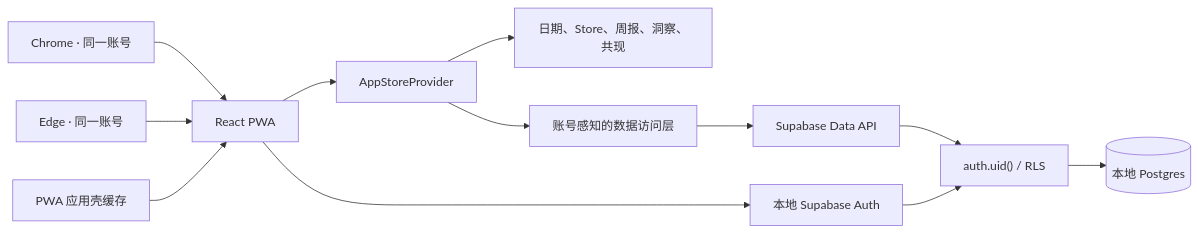
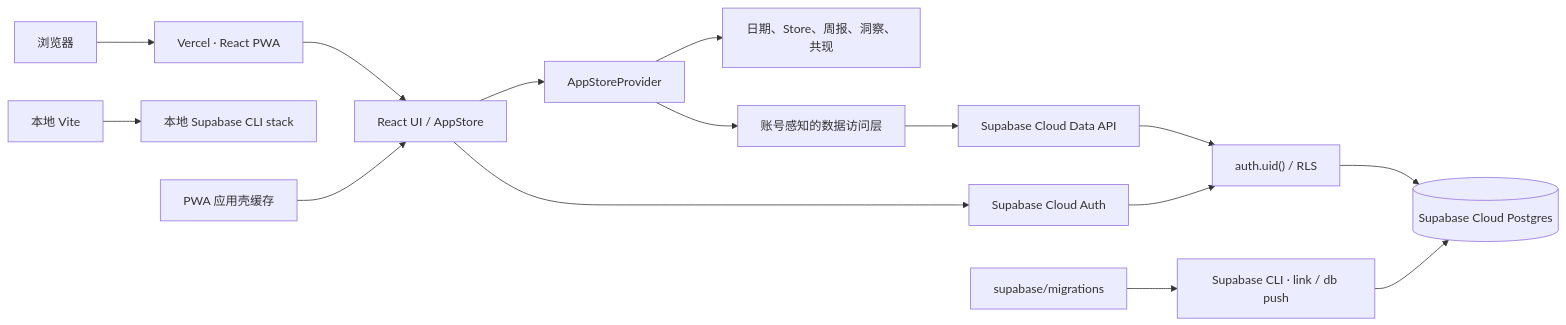
One commit to HanksChen0110/habit_track changed the first of 2 diagrams in .specs/ARCHITECTURE.md. Above: the diagram before and after it, drawn with Mermaid. The commit also changed other lines of this file and 64 other files, not shown here.

Commit message:
docs(project): archive mobile performance change and sync flow kit

````diff
--- a/.specs/ARCHITECTURE.md
+++ b/.specs/ARCHITECTURE.md
@@ -21,14 +21,17 @@
 ```mermaid
 graph LR
-  BrowserA["Chrome · 同一账号"] --> UI["React PWA"]
-  BrowserB["Edge · 同一账号"] --> UI
+  Browser["浏览器"] --> Vercel["Vercel · React PWA"]
+  Vercel --> UI["React UI / AppStore"]
   UI --> AppStore["AppStoreProvider"]
   AppStore --> Domain["日期、Store、周报、洞察、共现"]
   AppStore --> Repository["账号感知的数据访问层"]
-  UI --> Auth["本地 Supabase Auth"]
-  Repository --> DataAPI["Supabase Data API"]
+  UI --> Auth["Supabase Cloud Auth"]
+  Repository --> DataAPI["Supabase Cloud Data API"]
   Auth --> RLS["auth.uid() / RLS"]
   DataAPI --> RLS
-  RLS --> Postgres[("本地 Postgres")]
+  RLS --> Postgres[("Supabase Cloud Postgres")]
+  Migration["supabase/migrations"] --> CLI["Supabase CLI · link / db push"]
+  CLI --> Postgres
+  LocalUI["本地 Vite"] --> LocalStack["本地 Supabase CLI stack"]
   PWA["PWA 应用壳缓存"] --> UI
 ```
````
